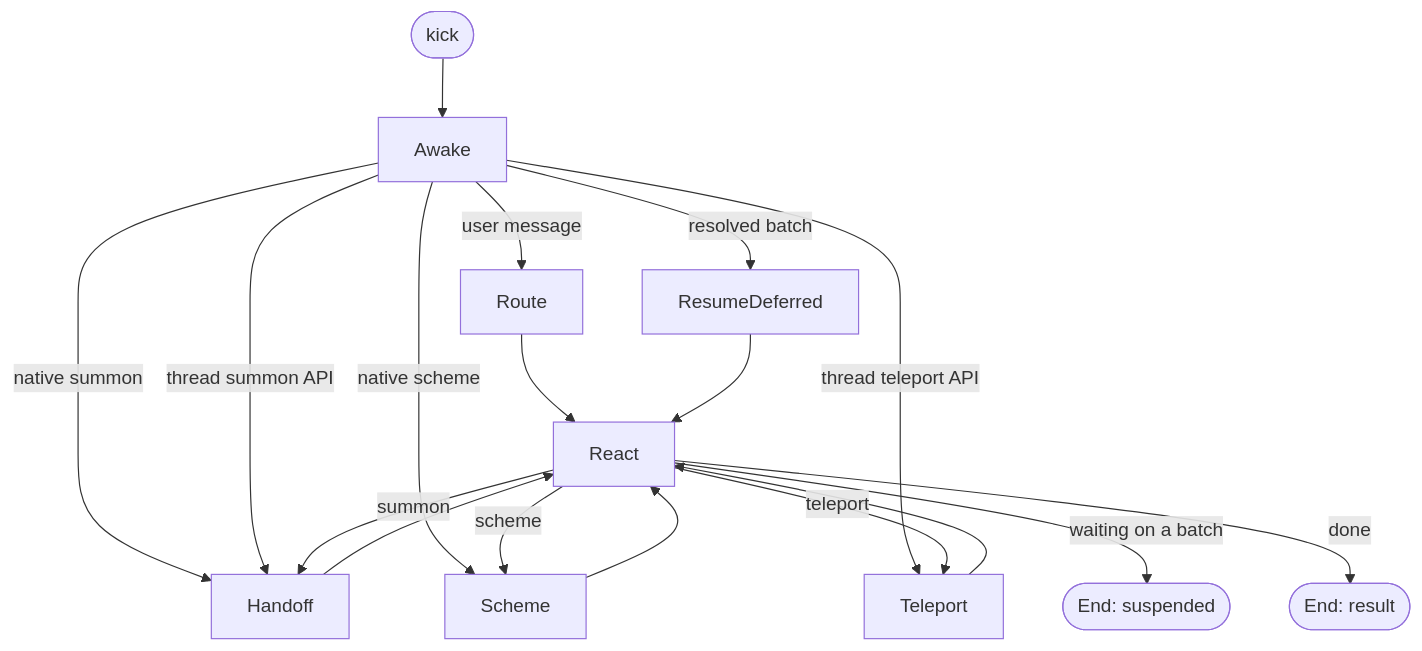
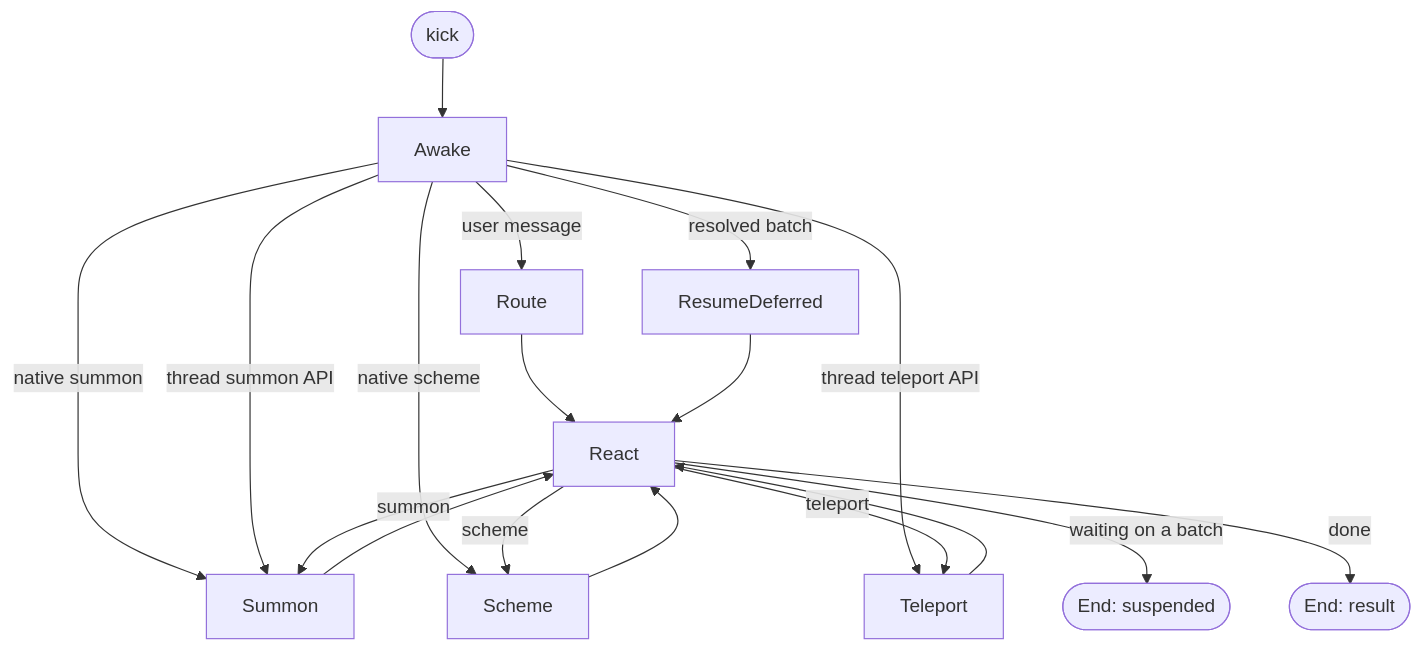
The diagram in docs/concepts/reflex.md (kalynnka/octomate), drawn with Mermaid before and after one commit. The commit also changed other lines of this file and 46 other files, not shown here.

````diff
--- a/docs/concepts/reflex.md
+++ b/docs/concepts/reflex.md
@@ -15,20 +15,20 @@
 ```mermaid
 flowchart TD
   START([kick]) --> Awake
   Awake -->|resolved batch| ResumeDeferred
-  Awake -->|native summon| Handoff
+  Awake -->|native summon| Summon
   Awake -->|native scheme| Scheme
-  Awake -->|thread summon API| Handoff
+  Awake -->|thread summon API| Summon
   Awake -->|thread teleport API| Teleport
   Awake -->|user message| Route
   Route --> React
-  React -->|summon| Handoff
+  React -->|summon| Summon
   React -->|scheme| Scheme
   React -->|teleport| Teleport
   React -->|waiting on a batch| Deferred([End: suspended])
   React -->|done| Done([End: result])
-  Handoff --> React
+  Summon --> React
   Scheme --> React
   Teleport --> React
   ResumeDeferred --> React
 ```
````
